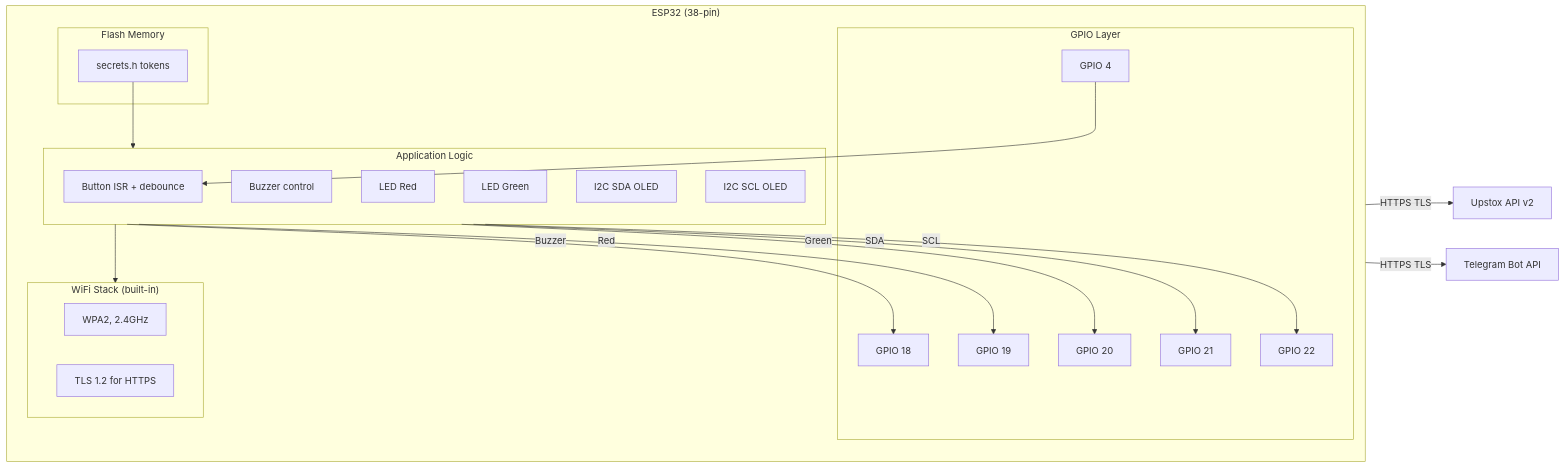
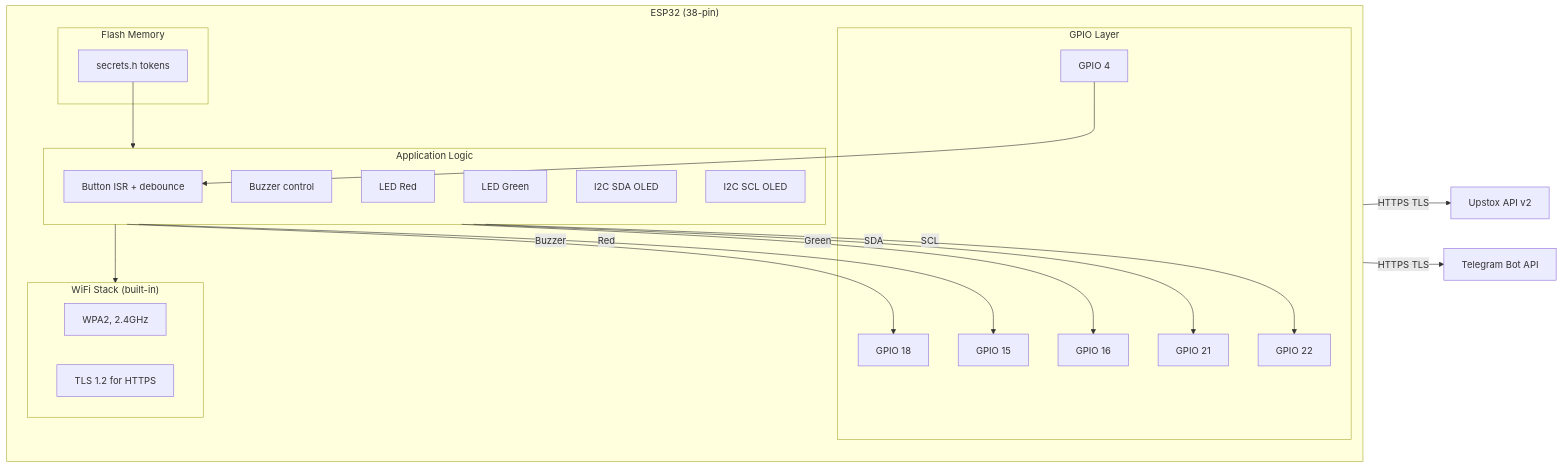
One commit to anzinmhd/esp32-trading-killswitch changed the first of 2 diagrams in docs/architecture.md. Above: the diagram before and after it, drawn with Mermaid. The commit also changed 3 other files, not shown here.

Commit message:
docs: fix pin mapping, file paths, and roadmap status

````diff
--- a/docs/architecture.md
+++ b/docs/architecture.md
@@ -31,46 +31,46 @@
 ```mermaid
 flowchart LR
     subgraph ESP32["ESP32 (38-pin)"]
         direction TB
         
         subgraph GPIO["GPIO Layer"]
             G4[GPIO 4]
             G18[GPIO 18]
-            G19[GPIO 19]
-            G20[GPIO 20]
+            G15[GPIO 15]
+            G16[GPIO 16]
             G21[GPIO 21]
             G22[GPIO 22]
         end
         
         subgraph Logic["Application Logic"]
             BtnISR[Button ISR + debounce]
             BuzzCtrl[Buzzer control]
             LEDR[LED Red]
             LEDG[LED Green]
             OLED_SDA[I2C SDA OLED]
             OLED_SCL[I2C SCL OLED]
         end
         
         subgraph Mem["Flash Memory"]
             Sec[secrets.h tokens]
         end
         
         subgraph WiFi["WiFi Stack (built-in)"]
             WPA[WPA2, 2.4GHz]
             TLS[TLS 1.2 for HTTPS]
         end
 
         G4 --> BtnISR
         Logic -->|Buzzer| G18
-        Logic -->|Red| G19
-        Logic -->|Green| G20
+        Logic -->|Red| G15
+        Logic -->|Green| G16
         Logic -->|SDA| G21
         Logic -->|SCL| G22
         
         Sec --> Logic
         Logic --> WiFi
     end
 
     WiFi -->|HTTPS TLS| Upstox[Upstox API v2]
     WiFi -->|HTTPS TLS| Telegram[Telegram Bot API]
 ```
````
